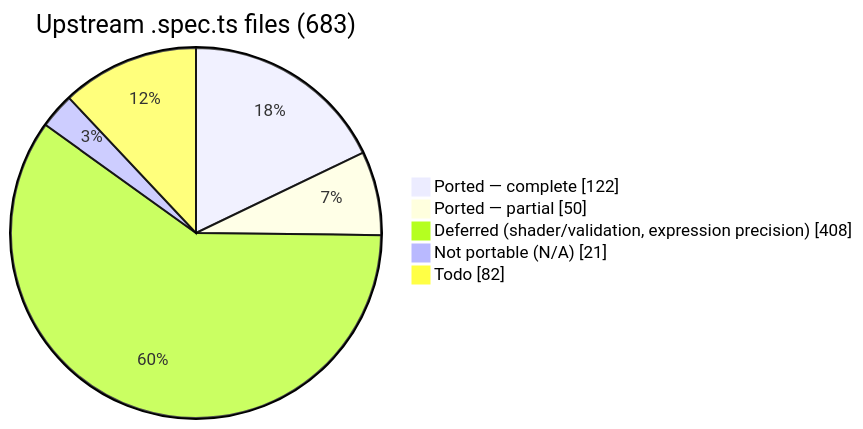
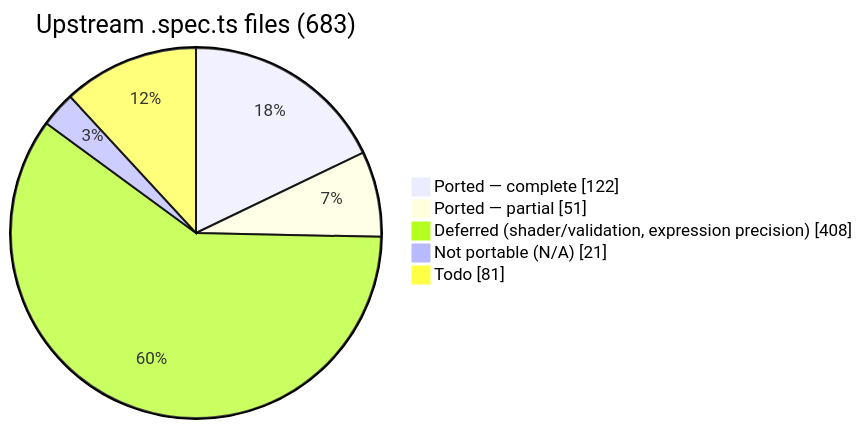
Before and after one commit to infosia/webgpu-native-cts: the first of 2 diagrams in README.md, drawn with Mermaid. The commit also changed other lines of this file and 4 other files, not shown here.

````diff
--- a/README.md
+++ b/README.md
@@ -94,9 +94,9 @@
 ```mermaid
 pie showData
     title Upstream .spec.ts files (683)
     "Ported — complete" : 122
-    "Ported — partial" : 50
+    "Ported — partial" : 51
     "Deferred (shader/validation, expression precision)" : 408
     "Not portable (N/A)" : 21
-    "Todo" : 82
+    "Todo" : 81
 ```
````
